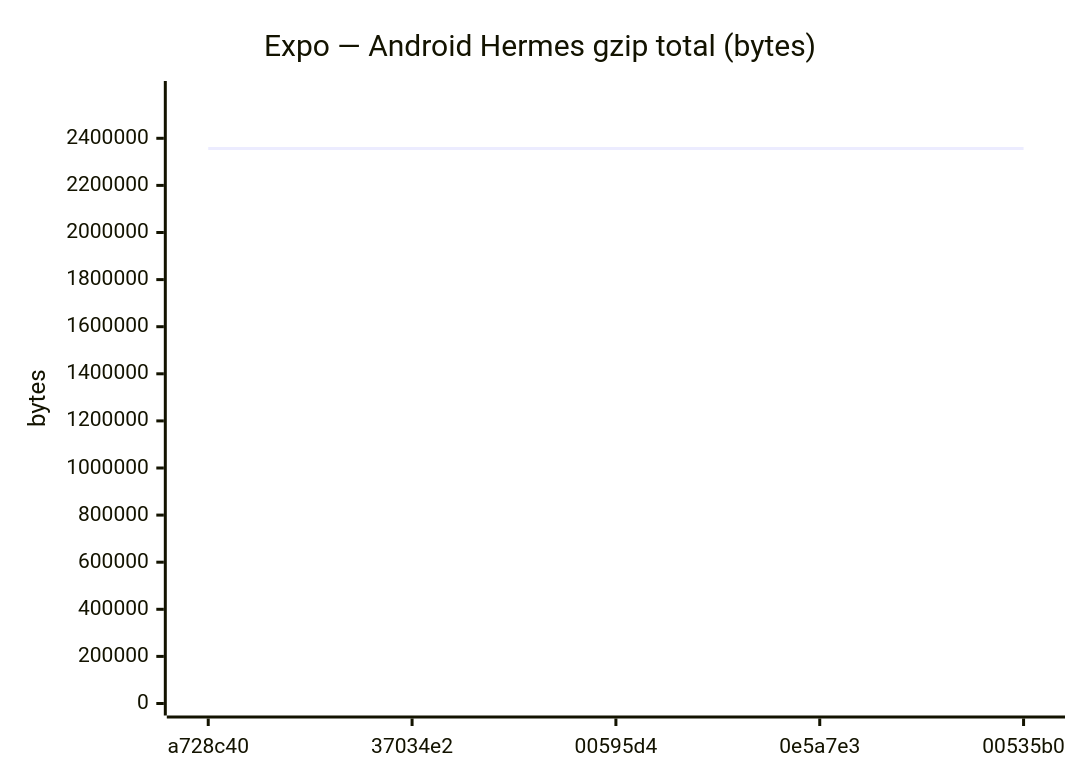
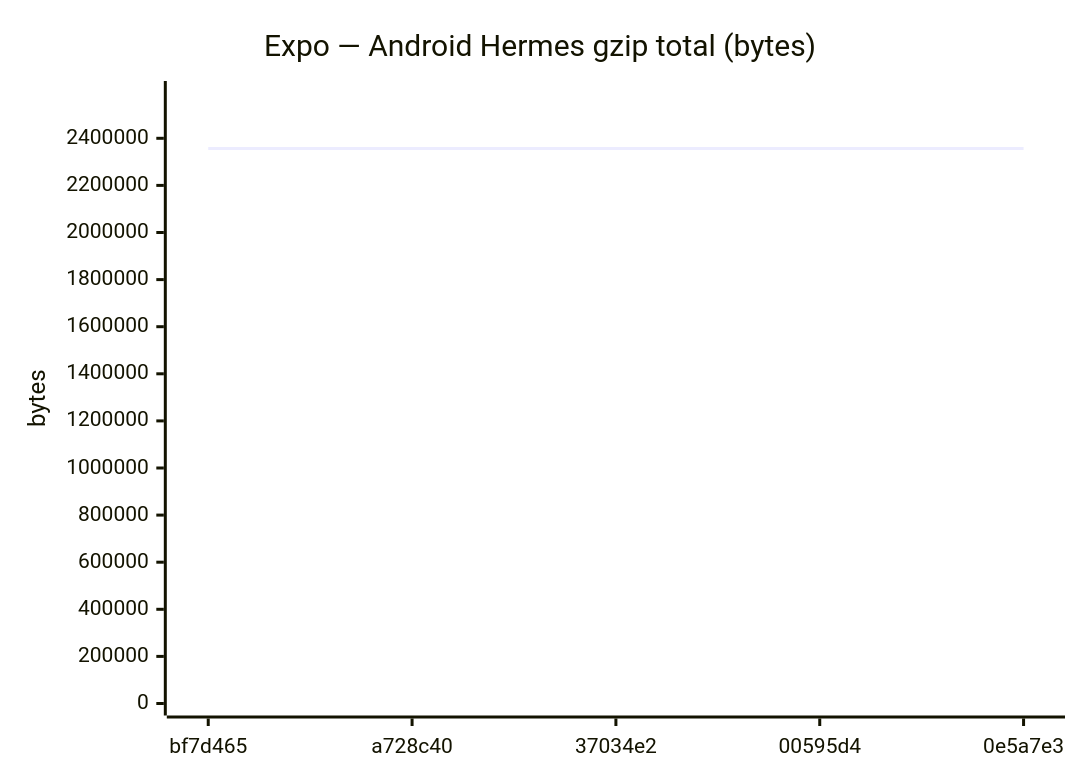
One commit to Metaheurist/Rianell changed diagram 15 of 24 in benchmarks/compare.md. Above: the diagram before and after it, drawn with Mermaid. The commit also changed other lines of this file and 12 other files, not shown here.

````diff
--- a/benchmarks/compare.md
+++ b/benchmarks/compare.md
@@ -217,7 +221,7 @@
 ```mermaid
 xychart-beta
     title "Expo — Android Hermes gzip total (bytes)"
-    x-axis ["a728c40", "37034e2", "00595d4", "0e5a7e3", "00535b0"]
-    y-axis "bytes" 0 --> 2592354
-    line [2356685, 2356472, 2356474, 2356472, 2356301]
+    x-axis ["bf7d465", "a728c40", "37034e2", "00595d4", "0e5a7e3"]
+    y-axis "bytes" 0 --> 2592355
+    line [2356686, 2356685, 2356472, 2356474, 2356472]
 ```
````
